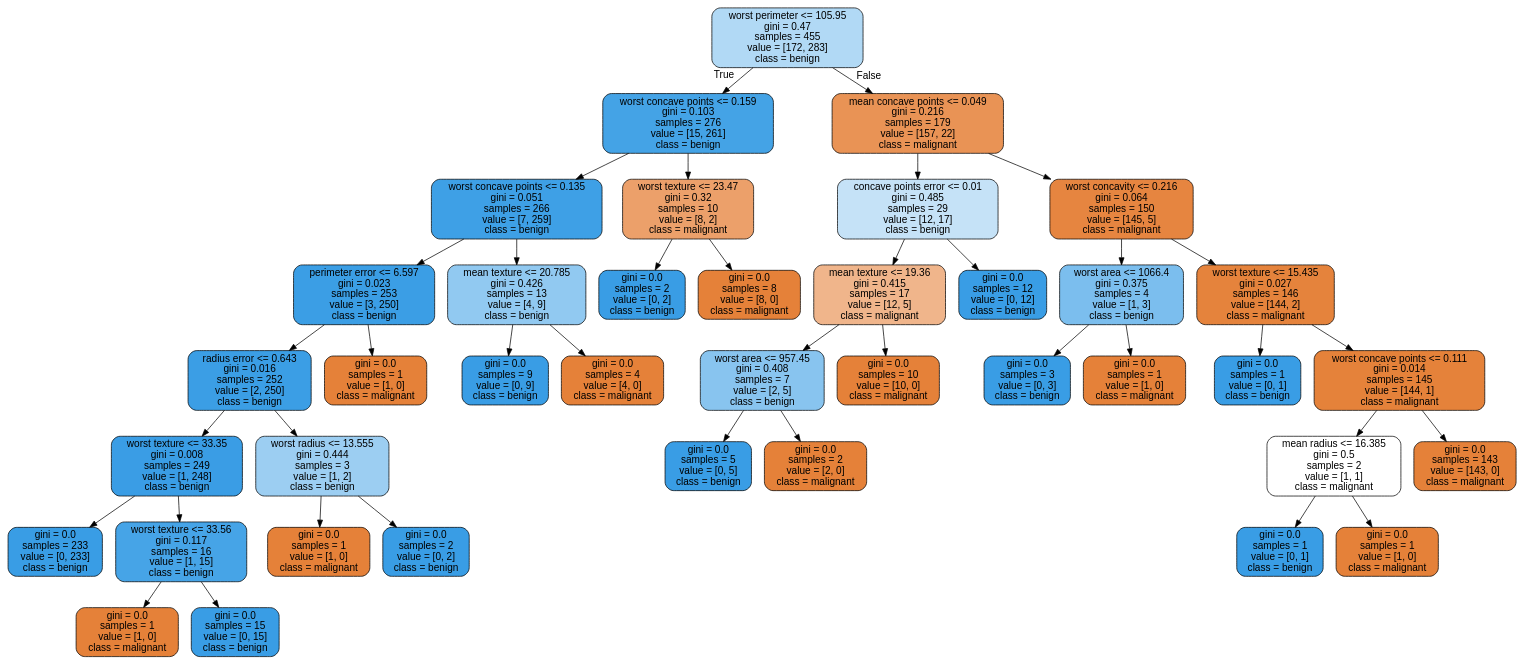
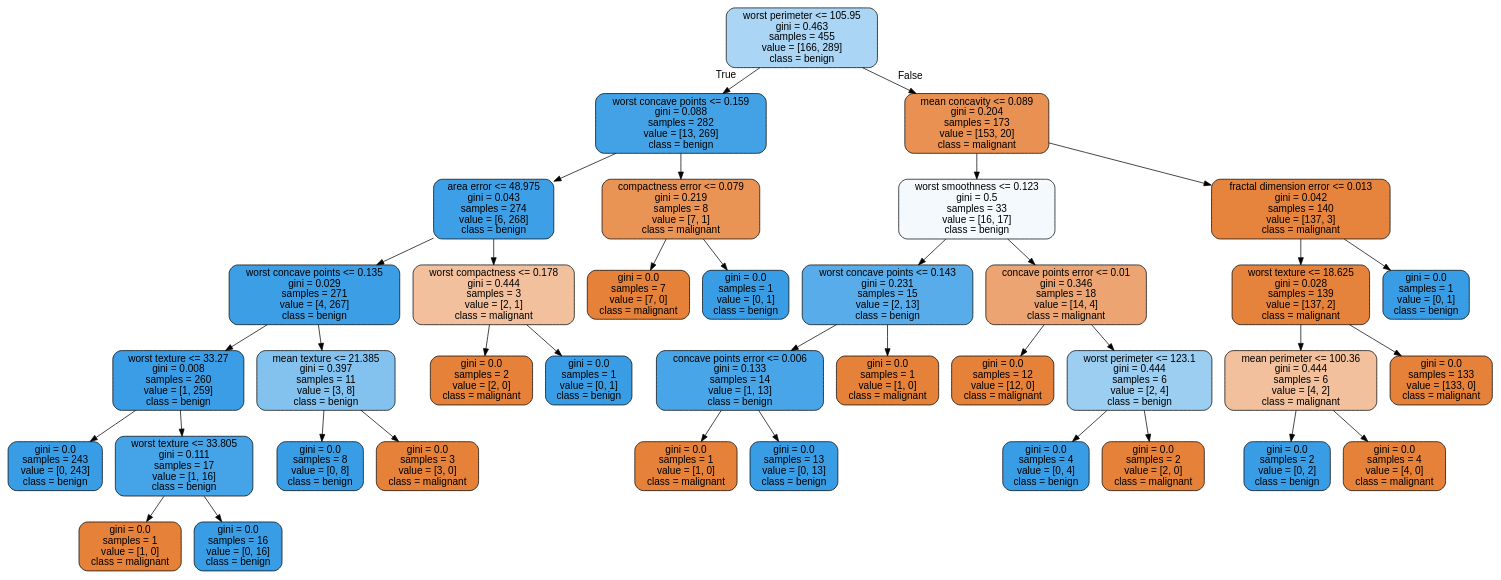
The diagram in images/decision_trees/cancer_tree_train.dot (JoseDeJesusMendozaBecerril/Practica4_MineriaDeDatos), drawn with Graphviz before and after one commit. The commit also changed 9 other files, not shown here.

```diff
--- a/images/decision_trees/cancer_tree_train.dot
+++ b/images/decision_trees/cancer_tree_train.dot
@@ -1,81 +1,77 @@
 digraph Tree {
 node [shape=box, style="filled, rounded", color="black", fontname=helvetica] ;
 edge [fontname=helvetica] ;
-0 [label="worst perimeter <= 105.95\ngini = 0.47\nsamples = 455\nvalue = [172, 283]\nclass = benign", fillcolor="#b1d9f5"] ;
-1 [label="worst concave points <= 0.159\ngini = 0.103\nsamples = 276\nvalue = [15, 261]\nclass = benign", fillcolor="#44a3e6"] ;
+0 [label="worst perimeter <= 105.95\ngini = 0.463\nsamples = 455\nvalue = [166, 289]\nclass = benign", fillcolor="#abd5f4"] ;
+1 [label="worst concave points <= 0.159\ngini = 0.088\nsamples = 282\nvalue = [13, 269]\nclass = benign", fillcolor="#43a2e6"] ;
 0 -> 1 [labeldistance=2.5, labelangle=45, headlabel="True"] ;
-2 [label="worst concave points <= 0.135\ngini = 0.051\nsamples = 266\nvalue = [7, 259]\nclass = benign", fillcolor="#3ea0e6"] ;
+2 [label="area error <= 48.975\ngini = 0.043\nsamples = 274\nvalue = [6, 268]\nclass = benign", fillcolor="#3d9fe6"] ;
 1 -> 2 ;
-3 [label="perimeter error <= 6.597\ngini = 0.023\nsamples = 253\nvalue = [3, 250]\nclass = benign", fillcolor="#3b9ee5"] ;
+3 [label="worst concave points <= 0.135\ngini = 0.029\nsamples = 271\nvalue = [4, 267]\nclass = benign", fillcolor="#3c9ee5"] ;
 2 -> 3 ;
-4 [label="radius error <= 0.643\ngini = 0.016\nsamples = 252\nvalue = [2, 250]\nclass = benign", fillcolor="#3b9ee5"] ;
+4 [label="worst texture <= 33.27\ngini = 0.008\nsamples = 260\nvalue = [1, 259]\nclass = benign", fillcolor="#3a9de5"] ;
 3 -> 4 ;
-5 [label="worst texture <= 33.35\ngini = 0.008\nsamples = 249\nvalue = [1, 248]\nclass = benign", fillcolor="#3a9de5"] ;
+5 [label="gini = 0.0\nsamples = 243\nvalue = [0, 243]\nclass = benign", fillcolor="#399de5"] ;
 4 -> 5 ;
-6 [label="gini = 0.0\nsamples = 233\nvalue = [0, 233]\nclass = benign", fillcolor="#399de5"] ;
-5 -> 6 ;
-7 [label="worst texture <= 33.56\ngini = 0.117\nsamples = 16\nvalue = [1, 15]\nclass = benign", fillcolor="#46a4e7"] ;
-5 -> 7 ;
-8 [label="gini = 0.0\nsamples = 1\nvalue = [1, 0]\nclass = malignant", fillcolor="#e58139"] ;
-7 -> 8 ;
-9 [label="gini = 0.0\nsamples = 15\nvalue = [0, 15]\nclass = benign", fillcolor="#399de5"] ;
-7 -> 9 ;
-10 [label="worst radius <= 13.555\ngini = 0.444\nsamples = 3\nvalue = [1, 2]\nclass = benign", fillcolor="#9ccef2"] ;
-4 -> 10 ;
-11 [label="gini = 0.0\nsamples = 1\nvalue = [1, 0]\nclass = malignant", fillcolor="#e58139"] ;
-10 -> 11 ;
-12 [label="gini = 0.0\nsamples = 2\nvalue = [0, 2]\nclass = benign", fillcolor="#399de5"] ;
-10 -> 12 ;
-13 [label="gini = 0.0\nsamples = 1\nvalue = [1, 0]\nclass = malignant", fillcolor="#e58139"] ;
-3 -> 13 ;
-14 [label="mean texture <= 20.785\ngini = 0.426\nsamples = 13\nvalue = [4, 9]\nclass = benign", fillcolor="#91c9f1"] ;
-2 -> 14 ;
-15 [label="gini = 0.0\nsamples = 9\nvalue = [0, 9]\nclass = benign", fillcolor="#399de5"] ;
-14 -> 15 ;
-16 [label="gini = 0.0\nsamples = 4\nvalue = [4, 0]\nclass = malignant", fillcolor="#e58139"] ;
-14 -> 16 ;
-17 [label="worst texture <= 23.47\ngini = 0.32\nsamples = 10\nvalue = [8, 2]\nclass = malignant", fillcolor="#eca06a"] ;
-1 -> 17 ;
-18 [label="gini = 0.0\nsamples = 2\nvalue = [0, 2]\nclass = benign", fillcolor="#399de5"] ;
-17 -> 18 ;
-19 [label="gini = 0.0\nsamples = 8\nvalue = [8, 0]\nclass = malignant", fillcolor="#e58139"] ;
-17 -> 19 ;
-20 [label="mean concave points <= 0.049\ngini = 0.216\nsamples = 179\nvalue = [157, 22]\nclass = malignant", fillcolor="#e99355"] ;
-0 -> 20 [labeldistance=2.5, labelangle=-45, headlabel="False"] ;
-21 [label="concave points error <= 0.01\ngini = 0.485\nsamples = 29\nvalue = [12, 17]\nclass = benign", fillcolor="#c5e2f7"] ;
+6 [label="worst texture <= 33.805\ngini = 0.111\nsamples = 17\nvalue = [1, 16]\nclass = benign", fillcolor="#45a3e7"] ;
+4 -> 6 ;
+7 [label="gini = 0.0\nsamples = 1\nvalue = [1, 0]\nclass = malignant", fillcolor="#e58139"] ;
+6 -> 7 ;
+8 [label="gini = 0.0\nsamples = 16\nvalue = [0, 16]\nclass = benign", fillcolor="#399de5"] ;
+6 -> 8 ;
+9 [label="mean texture <= 21.385\ngini = 0.397\nsamples = 11\nvalue = [3, 8]\nclass = benign", fillcolor="#83c2ef"] ;
+3 -> 9 ;
+10 [label="gini = 0.0\nsamples = 8\nvalue = [0, 8]\nclass = benign", fillcolor="#399de5"] ;
+9 -> 10 ;
+11 [label="gini = 0.0\nsamples = 3\nvalue = [3, 0]\nclass = malignant", fillcolor="#e58139"] ;
+9 -> 11 ;
+12 [label="worst compactness <= 0.178\ngini = 0.444\nsamples = 3\nvalue = [2, 1]\nclass = malignant", fillcolor="#f2c09c"] ;
+2 -> 12 ;
+13 [label="gini = 0.0\nsamples = 2\nvalue = [2, 0]\nclass = malignant", fillcolor="#e58139"] ;
+12 -> 13 ;
+14 [label="gini = 0.0\nsamples = 1\nvalue = [0, 1]\nclass = benign", fillcolor="#399de5"] ;
+12 -> 14 ;
+15 [label="compactness error <= 0.079\ngini = 0.219\nsamples = 8\nvalue = [7, 1]\nclass = malignant", fillcolor="#e99355"] ;
+1 -> 15 ;
+16 [label="gini = 0.0\nsamples = 7\nvalue = [7, 0]\nclass = malignant", fillcolor="#e58139"] ;
+15 -> 16 ;
+17 [label="gini = 0.0\nsamples = 1\nvalue = [0, 1]\nclass = benign", fillcolor="#399de5"] ;
+15 -> 17 ;
+18 [label="mean concavity <= 0.089\ngini = 0.204\nsamples = 173\nvalue = [153, 20]\nclass = malignant", fillcolor="#e89153"] ;
+0 -> 18 [labeldistance=2.5, labelangle=-45, headlabel="False"] ;
+19 [label="worst smoothness <= 0.123\ngini = 0.5\nsamples = 33\nvalue = [16, 17]\nclass = benign", fillcolor="#f3f9fd"] ;
+18 -> 19 ;
+20 [label="worst concave points <= 0.143\ngini = 0.231\nsamples = 15\nvalue = [2, 13]\nclass = benign", fillcolor="#57ace9"] ;
+19 -> 20 ;
+21 [label="concave points error <= 0.006\ngini = 0.133\nsamples = 14\nvalue = [1, 13]\nclass = benign", fillcolor="#48a5e7"] ;
 20 -> 21 ;
-22 [label="mean texture <= 19.36\ngini = 0.415\nsamples = 17\nvalue = [12, 5]\nclass = malignant", fillcolor="#f0b58b"] ;
+22 [label="gini = 0.0\nsamples = 1\nvalue = [1, 0]\nclass = malignant", fillcolor="#e58139"] ;
 21 -> 22 ;
-23 [label="worst area <= 957.45\ngini = 0.408\nsamples = 7\nvalue = [2, 5]\nclass = benign", fillcolor="#88c4ef"] ;
-22 -> 23 ;
-24 [label="gini = 0.0\nsamples = 5\nvalue = [0, 5]\nclass = benign", fillcolor="#399de5"] ;
-23 -> 24 ;
-25 [label="gini = 0.0\nsamples = 2\nvalue = [2, 0]\nclass = malignant", fillcolor="#e58139"] ;
-23 -> 25 ;
-26 [label="gini = 0.0\nsamples = 10\nvalue = [10, 0]\nclass = malignant", fillcolor="#e58139"] ;
-22 -> 26 ;
-27 [label="gini = 0.0\nsamples = 12\nvalue = [0, 12]\nclass = benign", fillcolor="#399de5"] ;
-21 -> 27 ;
-28 [label="worst concavity <= 0.216\ngini = 0.064\nsamples = 150\nvalue = [145, 5]\nclass = malignant", fillcolor="#e68540"] ;
-20 -> 28 ;
-29 [label="worst area <= 1066.4\ngini = 0.375\nsamples = 4\nvalue = [1, 3]\nclass = benign", fillcolor="#7bbeee"] ;
-28 -> 29 ;
-30 [label="gini = 0.0\nsamples = 3\nvalue = [0, 3]\nclass = benign", fillcolor="#399de5"] ;
-29 -> 30 ;
-31 [label="gini = 0.0\nsamples = 1\nvalue = [1, 0]\nclass = malignant", fillcolor="#e58139"] ;
-29 -> 31 ;
-32 [label="worst texture <= 15.435\ngini = 0.027\nsamples = 146\nvalue = [144, 2]\nclass = malignant", fillcolor="#e5833c"] ;
-28 -> 32 ;
-33 [label="gini = 0.0\nsamples = 1\nvalue = [0, 1]\nclass = benign", fillcolor="#399de5"] ;
+23 [label="gini = 0.0\nsamples = 13\nvalue = [0, 13]\nclass = benign", fillcolor="#399de5"] ;
+21 -> 23 ;
+24 [label="gini = 0.0\nsamples = 1\nvalue = [1, 0]\nclass = malignant", fillcolor="#e58139"] ;
+20 -> 24 ;
+25 [label="concave points error <= 0.01\ngini = 0.346\nsamples = 18\nvalue = [14, 4]\nclass = malignant", fillcolor="#eca572"] ;
+19 -> 25 ;
+26 [label="gini = 0.0\nsamples = 12\nvalue = [12, 0]\nclass = malignant", fillcolor="#e58139"] ;
+25 -> 26 ;
+27 [label="worst perimeter <= 123.1\ngini = 0.444\nsamples = 6\nvalue = [2, 4]\nclass = benign", fillcolor="#9ccef2"] ;
+25 -> 27 ;
+28 [label="gini = 0.0\nsamples = 4\nvalue = [0, 4]\nclass = benign", fillcolor="#399de5"] ;
+27 -> 28 ;
+29 [label="gini = 0.0\nsamples = 2\nvalue = [2, 0]\nclass = malignant", fillcolor="#e58139"] ;
+27 -> 29 ;
+30 [label="fractal dimension error <= 0.013\ngini = 0.042\nsamples = 140\nvalue = [137, 3]\nclass = malignant", fillcolor="#e6843d"] ;
+18 -> 30 ;
+31 [label="worst texture <= 18.625\ngini = 0.028\nsamples = 139\nvalue = [137, 2]\nclass = malignant", fillcolor="#e5833c"] ;
+30 -> 31 ;
+32 [label="mean perimeter <= 100.36\ngini = 0.444\nsamples = 6\nvalue = [4, 2]\nclass = malignant", fillcolor="#f2c09c"] ;
+31 -> 32 ;
+33 [label="gini = 0.0\nsamples = 2\nvalue = [0, 2]\nclass = benign", fillcolor="#399de5"] ;
 32 -> 33 ;
-34 [label="worst concave points <= 0.111\ngini = 0.014\nsamples = 145\nvalue = [144, 1]\nclass = malignant", fillcolor="#e5823a"] ;
+34 [label="gini = 0.0\nsamples = 4\nvalue = [4, 0]\nclass = malignant", fillcolor="#e58139"] ;
 32 -> 34 ;
-35 [label="mean radius <= 16.385\ngini = 0.5\nsamples = 2\nvalue = [1, 1]\nclass = malignant", fillcolor="#ffffff"] ;
-34 -> 35 ;
+35 [label="gini = 0.0\nsamples = 133\nvalue = [133, 0]\nclass = malignant", fillcolor="#e58139"] ;
+31 -> 35 ;
 36 [label="gini = 0.0\nsamples = 1\nvalue = [0, 1]\nclass = benign", fillcolor="#399de5"] ;
-35 -> 36 ;
-37 [label="gini = 0.0\nsamples = 1\nvalue = [1, 0]\nclass = malignant", fillcolor="#e58139"] ;
-35 -> 37 ;
-38 [label="gini = 0.0\nsamples = 143\nvalue = [143, 0]\nclass = malignant", fillcolor="#e58139"] ;
-34 -> 38 ;
+30 -> 36 ;
 }
```
